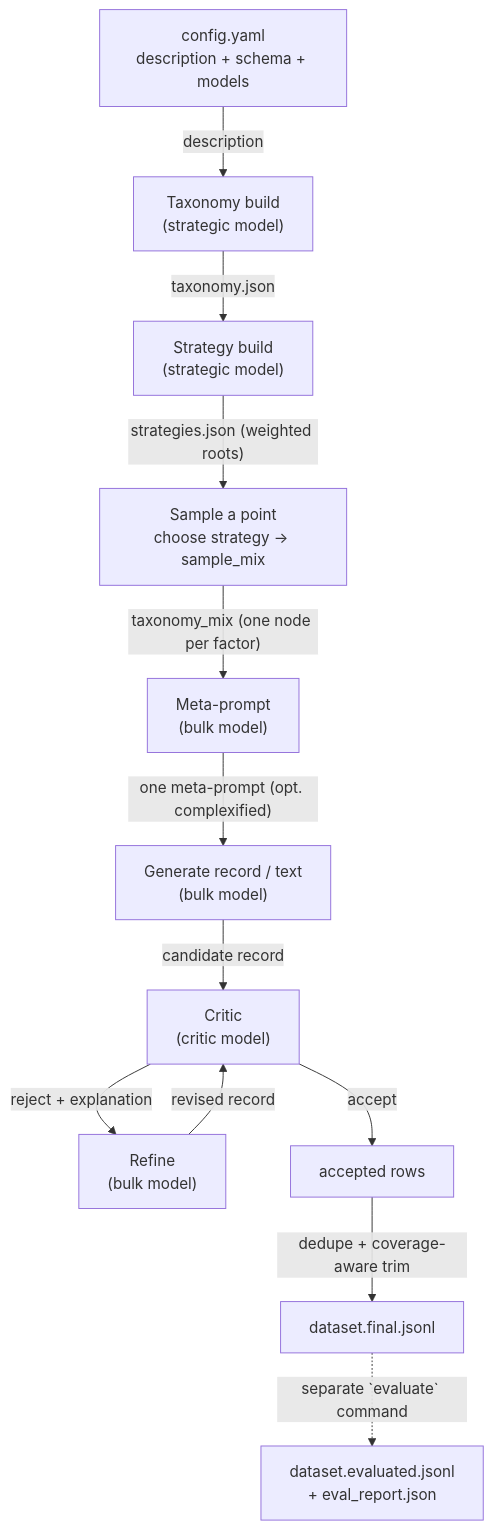
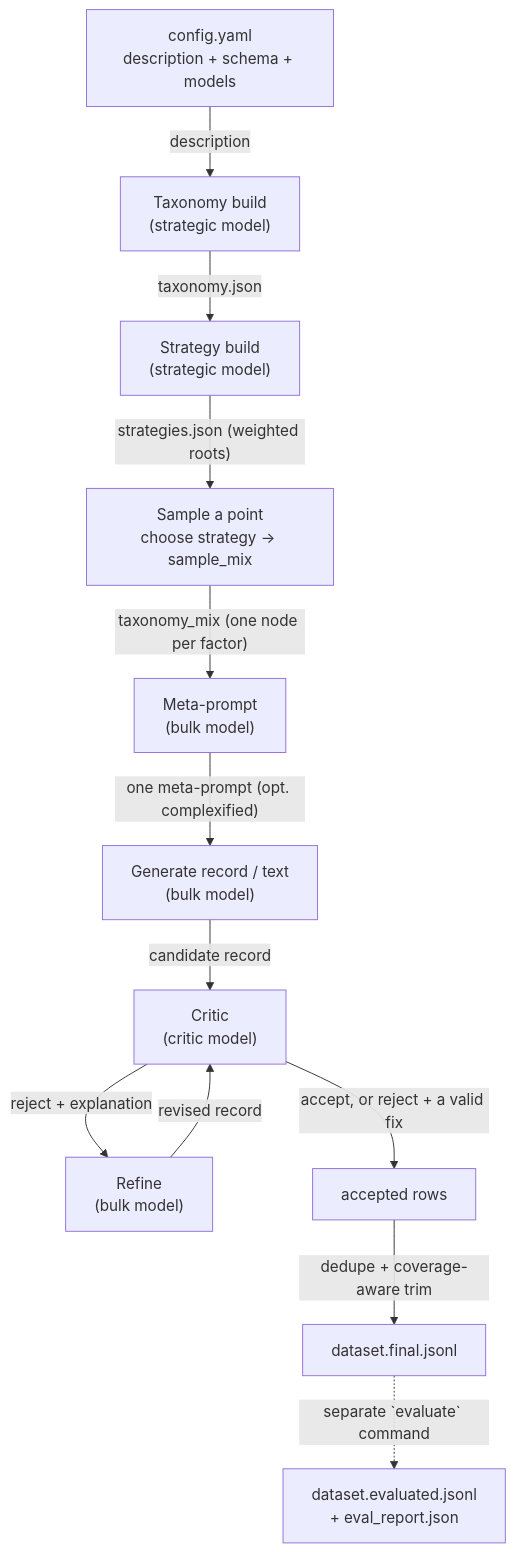
One commit to Mercity-AI/Simula changed the first of 3 diagrams in DOCS.md. Above: the diagram before and after it, drawn with Mermaid. The commit also changed other lines of this file and 5 other files, not shown here.

````diff
--- a/DOCS.md
+++ b/DOCS.md
@@ -33,18 +35,18 @@
 ```mermaid
 flowchart TD
     cfg["config.yaml<br/>description + schema + models"]
 
     cfg -->|"description"| tax["Taxonomy build<br/>(strategic model)"]
     tax -->|"taxonomy.json"| strat["Strategy build<br/>(strategic model)"]
     strat -->|"strategies.json (weighted roots)"| samp["Sample a point<br/>choose strategy → sample_mix"]
 
     samp -->|"taxonomy_mix (one node per factor)"| meta["Meta-prompt<br/>(bulk model)"]
     meta -->|"one meta-prompt (opt. complexified)"| gen["Generate record / text<br/>(bulk model)"]
     gen -->|"candidate record"| crit["Critic<br/>(critic model)"]
     crit -->|"reject + explanation"| refine["Refine<br/>(bulk model)"]
     refine -->|"revised record"| crit
-    crit -->|"accept"| rows["accepted rows"]
+    crit -->|"accept, or reject + a valid fix"| rows["accepted rows"]
 
     rows -->|"dedupe + coverage-aware trim"| final["dataset.final.jsonl"]
     final -.->|"separate `evaluate` command"| evalrep["dataset.evaluated.jsonl<br/>+ eval_report.json"]
 ```
````
